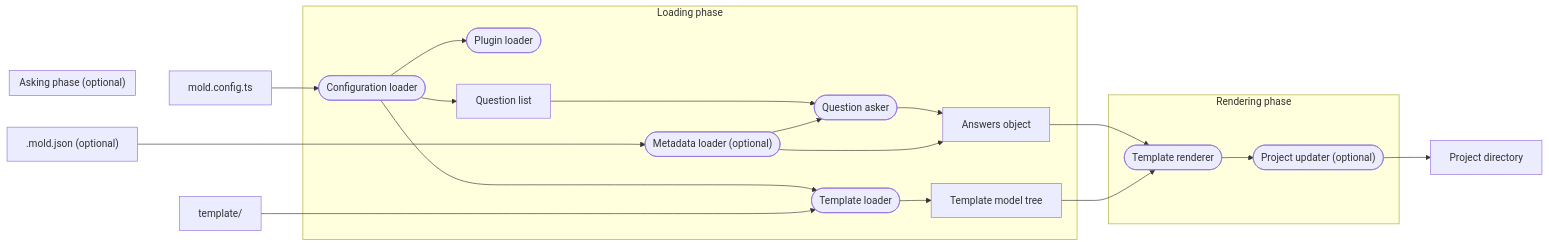
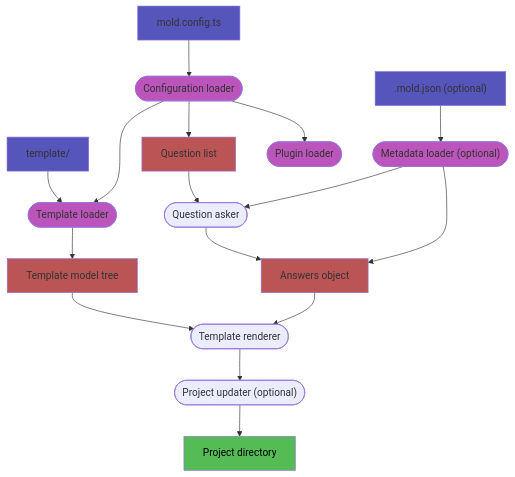
Before and after one commit to sophie-katz/mold: the diagram in docs/for-developers/overview.md, drawn with Mermaid.

Commit message:
Updating diagram

````diff
--- a/docs/for-developers/overview.md
+++ b/docs/for-developers/overview.md
@@ -57,30 +57,45 @@
 ```mermaid
-%%{init: {"flowchart": {"htmlLabels": false}} }%%
+graph TB
+  classDef input fill:#55b;
+  classDef loader fill:#b5b;
+  classDef intermediate fill:#b55;
+  classDef output fill:#5b5,color:#000;
 
-graph LR
-    config["mold.config.ts"] --> configLoader([Configuration loader]);
-    template["template/"] -------> templateLoader([Template loader]);
-    metadata[".mold.json (optional)"] -------> metadataLoader(["Metadata loader (optional)"]);
+  config["mold.config.ts"] --> configLoader;
+  class config input;
 
-    subgraph Loading phase
-        configLoader --> pluginLoader([Plugin loader]);
-        configLoader --> questionList[Question list];
-        configLoader --> templateLoader;
-        templateLoader --> templateModelTree[Template model tree];
-        metadataLoader --> answersObject[Answers object];
-        metadataLoader --> questionAsker;
-    end
+  template["template/"] --> templateLoader;
+  class template input;
 
-    subgraph "Asking phase (optional)"
-        questionList -----> questionAsker([Question asker]);
-        questionAsker --> answersObject[Answers object];
-    end
+  metadata[".mold.json (optional)"] --> metadataLoader;
+  class metadata input;
 
-    subgraph Rendering phase
-        templateModelTree --> templateRenderer([Template renderer]);
-        answersObject --> templateRenderer;
-        templateRenderer --> projectComparer(["Project updater (optional)"])
-    end
+  configLoader([Configuration loader]) --> pluginLoader([Plugin loader]);
+  configLoader --> questionList;
+  configLoader --> templateLoader;
+  class configLoader loader;
+  class pluginLoader loader;
 
-    projectComparer --> projectDirectory[Project directory];
+  templateLoader([Template loader]) --> templateModelTree;
+  class templateLoader loader;
+
+  metadataLoader(["Metadata loader (optional)"]) --> answersObject;
+  metadataLoader --> questionAsker;
+  class metadataLoader loader;
+
+  questionList[Question list] --> questionAsker;
+  class questionList intermediate;
+
+  questionAsker([Question asker]) --> answersObject;
+
+  templateModelTree[Template model tree] --> templateRenderer;
+  class templateModelTree intermediate;
+
+  answersObject[Answers object] --> templateRenderer;
+  class answersObject intermediate;
+
+  templateRenderer([Template renderer]) --> projectComparer;
+
+  projectComparer(["Project updater (optional)"]) --> projectDirectory[Project directory];
+  class projectDirectory output;
 ```
````
